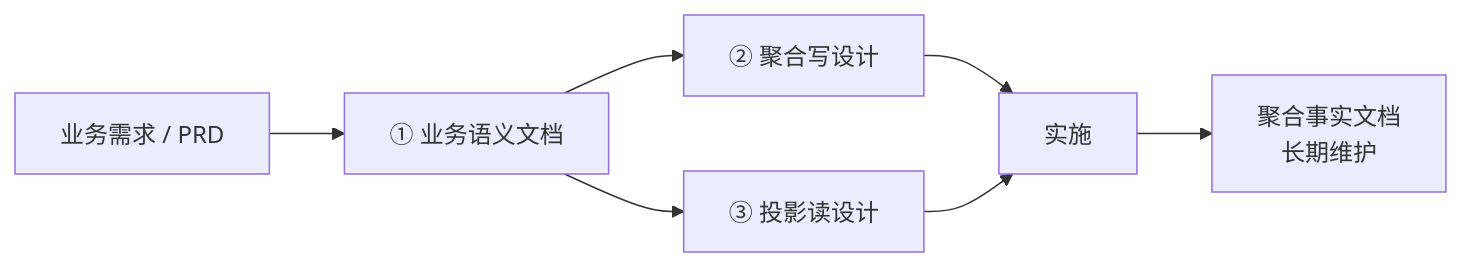
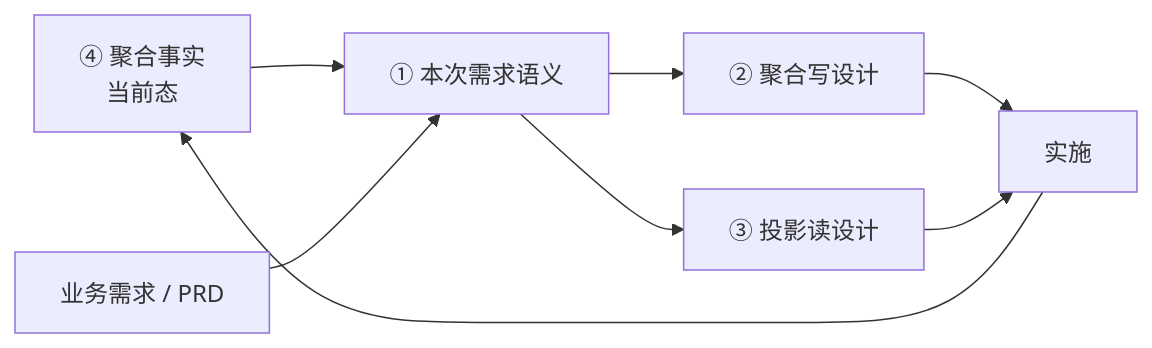
The diagram in documentation/best-practices/design-doc-template.md (pragmatic-lee/pragmatic-ddd), drawn with Mermaid before and after one commit. The commit also changed other lines of this file and 31 other files, not shown here.

````diff
--- a/documentation/best-practices/design-doc-template.md
+++ b/documentation/best-practices/design-doc-template.md
@@ -29,9 +33,10 @@
 ```mermaid
 flowchart LR
-    需求[业务需求 / PRD] --> 语义[① 业务语义文档]
+    事实[④ 聚合事实<br/>当前态] --> 语义[① 本次需求语义]
+    需求[业务需求 / PRD] --> 语义
     语义 --> 写[② 聚合写设计]
     语义 --> 读[③ 投影读设计]
     写 --> 代码[实施]
     读 --> 代码
-    代码 --> 事实[聚合事实文档<br/>长期维护]
+    代码 --> 事实
 ```
````
